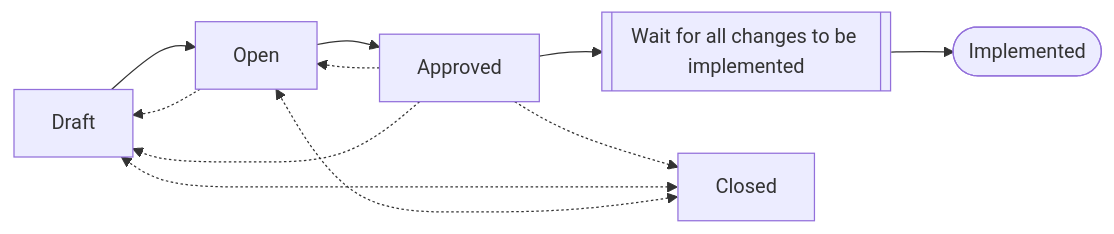
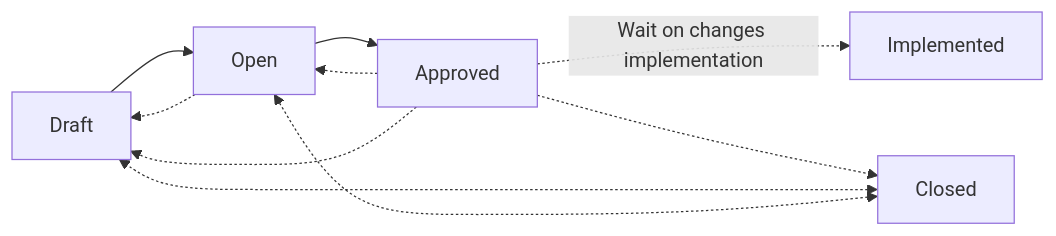
The diagram in packages/web/docs/src/app/product-updates/(posts)/2025-09-03-schema-proposals/page.mdx (graphql-hive/console), drawn with Mermaid before and after one commit.

Commit message:
Try different mermaid syntax

````diff
--- a/packages/web/docs/src/app/product-updates/(posts)/2025-09-03-schema-proposals/page.mdx
+++ b/packages/web/docs/src/app/product-updates/(posts)/2025-09-03-schema-proposals/page.mdx
@@ -22,13 +22,12 @@
 ```mermaid
 flowchart LR
     Draft --> Open
     Open -.-> Draft
     Open --> Approved
     Approved -.-> Open
-    Approved --> SchemaPush@{ shape: subproc, label: Wait for all changes to be implemented }
-    SchemaPush --> Implemented@{ shape: stadium }
+    Approved -.->|Wait on changes implementation|Implemented
     Approved -.-> Closed
     Approved -.-> Draft
     Closed <-.-> Draft
     Closed <-.-> Open
 ```
````
